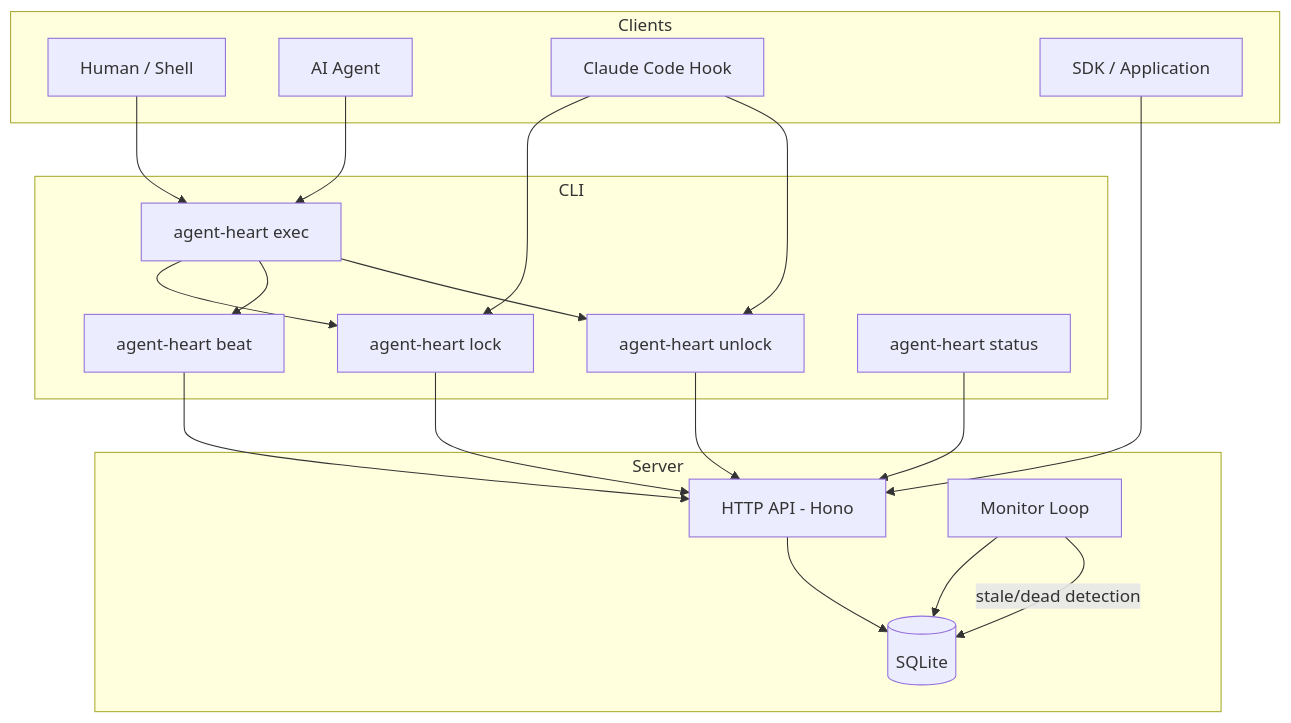
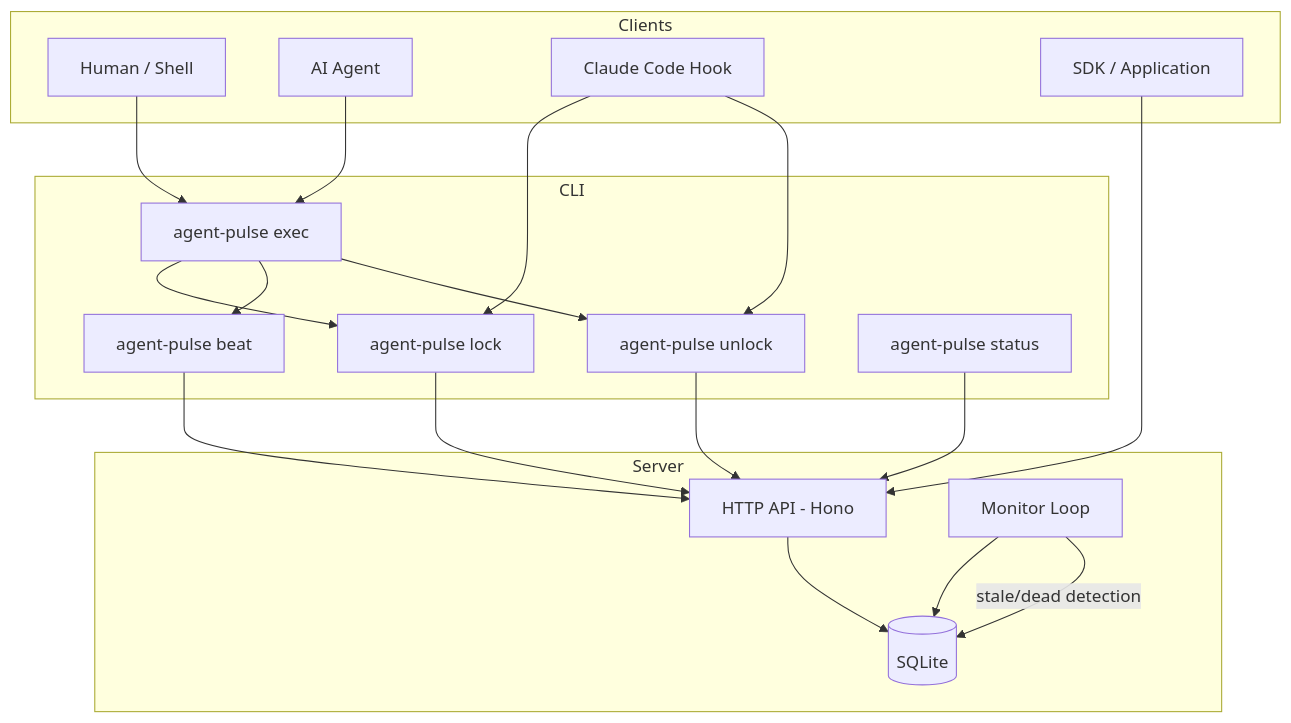
One commit to eggy-sh/agent-pulse changed the first of 2 diagrams in docs/architecture.md. Above: the diagram before and after it, drawn with Mermaid. The commit also changed other lines of this file and 22 other files, not shown here.

````diff
--- a/docs/architecture.md
+++ b/docs/architecture.md
@@ -49,42 +49,42 @@
 ```mermaid
 flowchart TB
     subgraph Clients
         human[Human / Shell]
         agent[AI Agent]
         hook[Claude Code Hook]
         sdk[SDK / Application]
     end
 
     subgraph CLI
-        exec[agent-heart exec]
-        lock_cmd[agent-heart lock]
-        beat_cmd[agent-heart beat]
-        unlock_cmd[agent-heart unlock]
-        status_cmd[agent-heart status]
+        exec[agent-pulse exec]
+        lock_cmd[agent-pulse lock]
+        beat_cmd[agent-pulse beat]
+        unlock_cmd[agent-pulse unlock]
+        status_cmd[agent-pulse status]
     end
 
     subgraph Server
         api[HTTP API - Hono]
         monitor[Monitor Loop]
         db[(SQLite)]
     end
 
     human --> exec
     agent --> exec
     hook --> lock_cmd
     hook --> unlock_cmd
     sdk --> api
 
     exec --> lock_cmd
     exec --> beat_cmd
     exec --> unlock_cmd
 
     lock_cmd --> api
     beat_cmd --> api
     unlock_cmd --> api
     status_cmd --> api
 
     api --> db
     monitor --> db
     monitor -->|stale/dead detection| db
 ```
````
